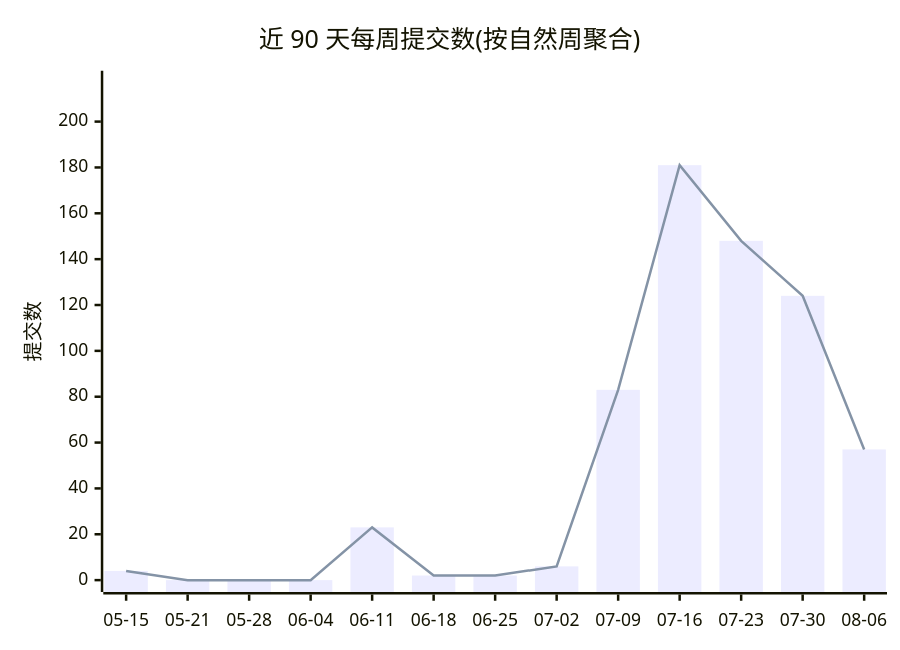
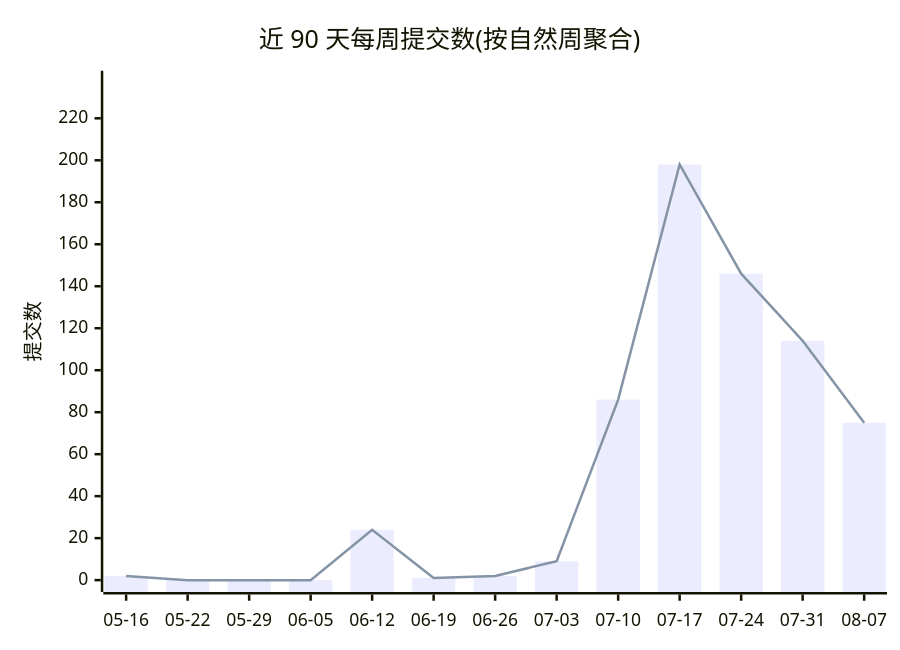
The first of 2 diagrams in profile/README.md (Conflux-Union/.github), drawn with Mermaid before and after one commit. The commit also changed other lines of this file and 1 other file, not shown here.

````diff
--- a/profile/README.md
+++ b/profile/README.md
@@ -44,8 +44,8 @@
 ```mermaid
 xychart-beta
     title "近 90 天每周提交数(按自然周聚合)"
-    x-axis ["05-15", "05-21", "05-28", "06-04", "06-11", "06-18", "06-25", "07-02", "07-09", "07-16", "07-23", "07-30", "08-06"]
-    y-axis "提交数" 0 --> 217
-    bar [4, 0, 0, 0, 23, 2, 2, 6, 83, 181, 148, 124, 57]
-    line [4, 0, 0, 0, 23, 2, 2, 6, 83, 181, 148, 124, 57]
+    x-axis ["05-16", "05-22", "05-29", "06-05", "06-12", "06-19", "06-26", "07-03", "07-10", "07-17", "07-24", "07-31", "08-07"]
+    y-axis "提交数" 0 --> 237
+    bar [2, 0, 0, 0, 24, 1, 2, 9, 86, 198, 146, 114, 75]
+    line [2, 0, 0, 0, 24, 1, 2, 9, 86, 198, 146, 114, 75]
 ```
````
